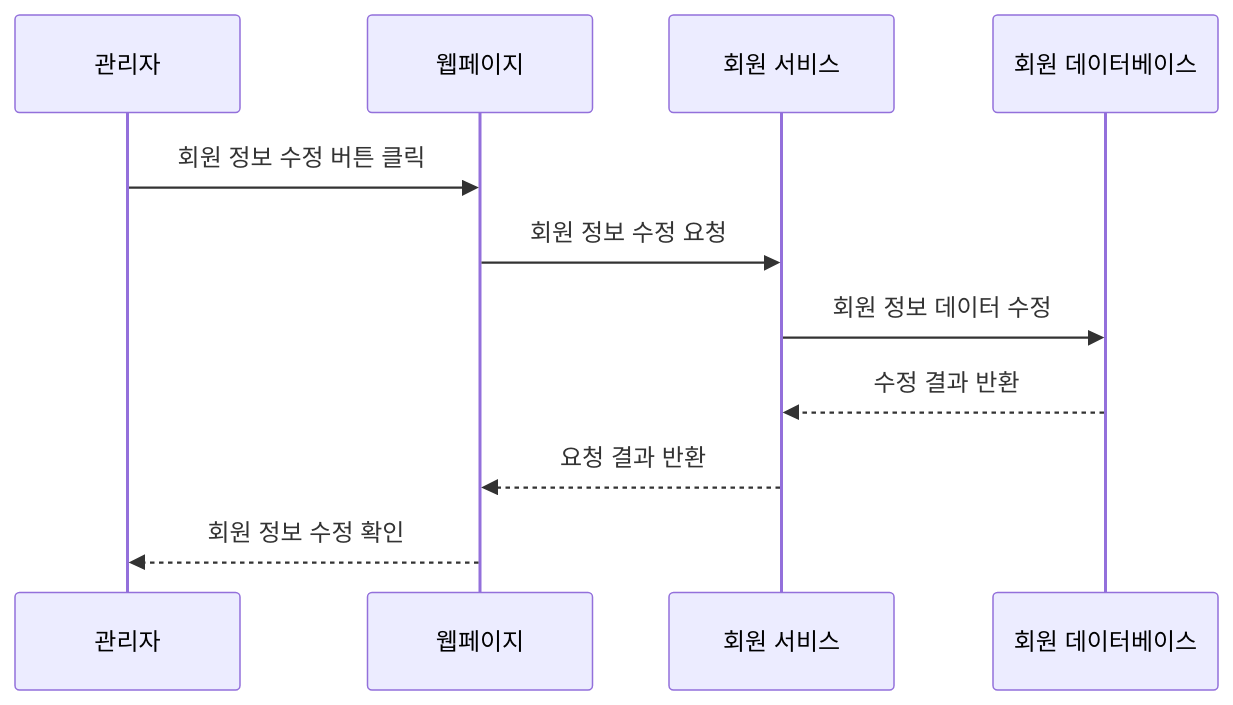
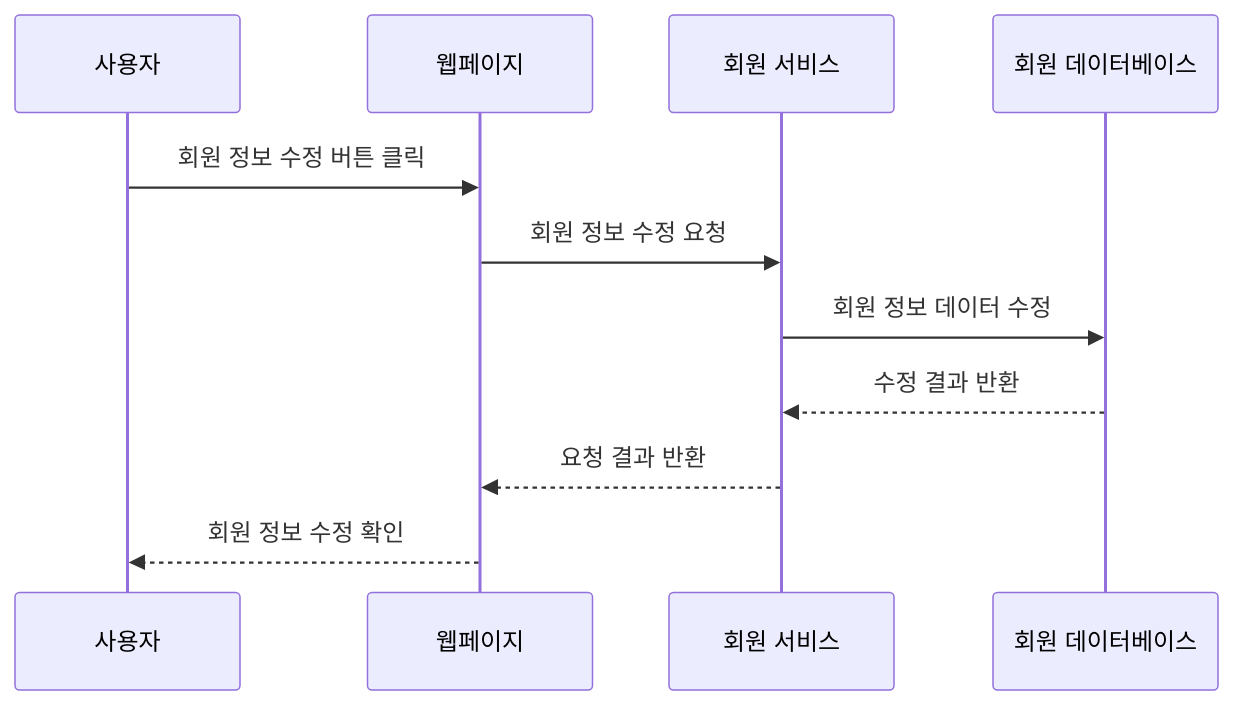
One commit to kea-dpang/docs changed the diagram in Sequence_Diagram/Member/Req_03.md. Above: the diagram before and after it, drawn with Mermaid. The commit also changed other lines of this file and 23 other files, not shown here.

Commit message:
Refactor: modify Sequence Diagram by 요êby사항 정의서

````diff
--- a/Sequence_Diagram/Member/Req_03.md
+++ b/Sequence_Diagram/Member/Req_03.md
@@ -7,14 +6,14 @@
 ```mermaid
 sequenceDiagram
-   participant Admin as 관리자
+   participant User as 사용자
    participant WebPage as 웹페이지
    participant UserService as 회원 서비스
    participant UserDatabase as 회원 데이터베이스
 
-   Admin ->> WebPage: 회원 정보 수정 버튼 클릭
+   User ->> WebPage: 회원 정보 수정 버튼 클릭
    WebPage ->> UserService: 회원 정보 수정 요청
    UserService ->> UserDatabase: 회원 정보 데이터 수정
    UserDatabase -->> UserService: 수정 결과 반환
    UserService -->> WebPage: 요청 결과 반환
-   WebPage -->> Admin: 회원 정보 수정 확인
+   WebPage -->> User: 회원 정보 수정 확인
 ```
````
